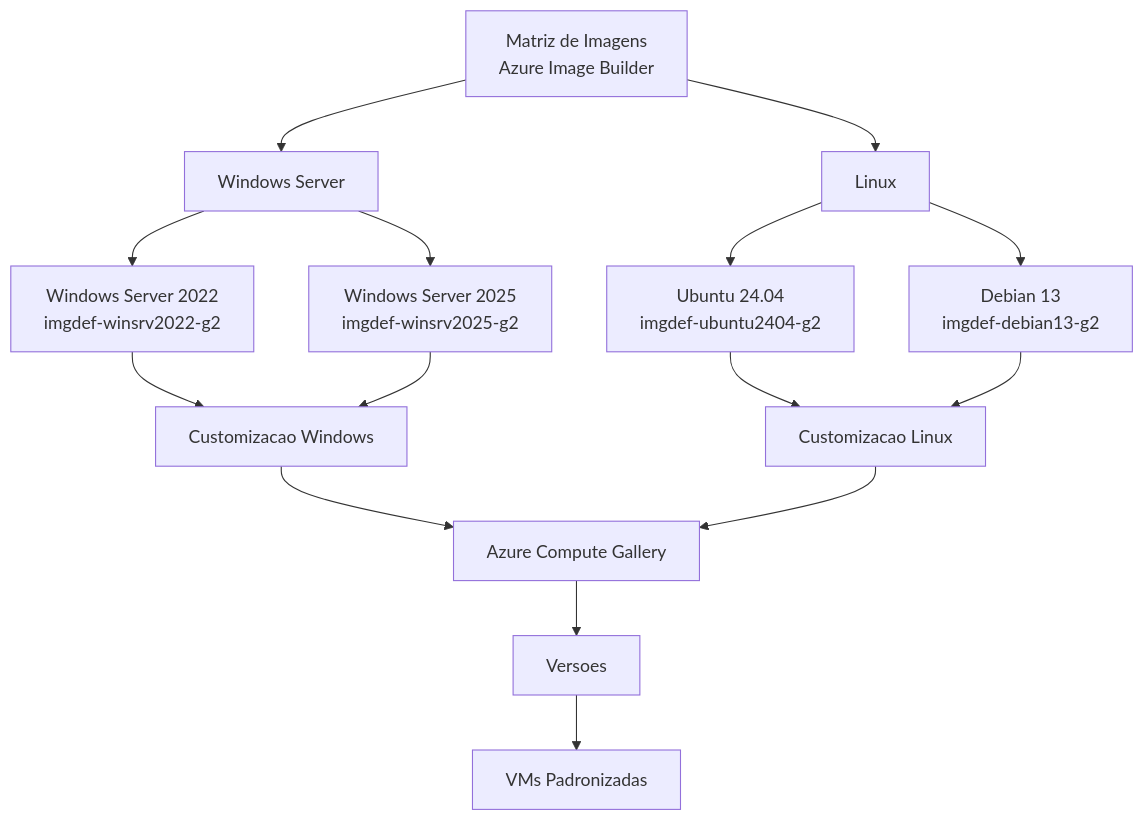
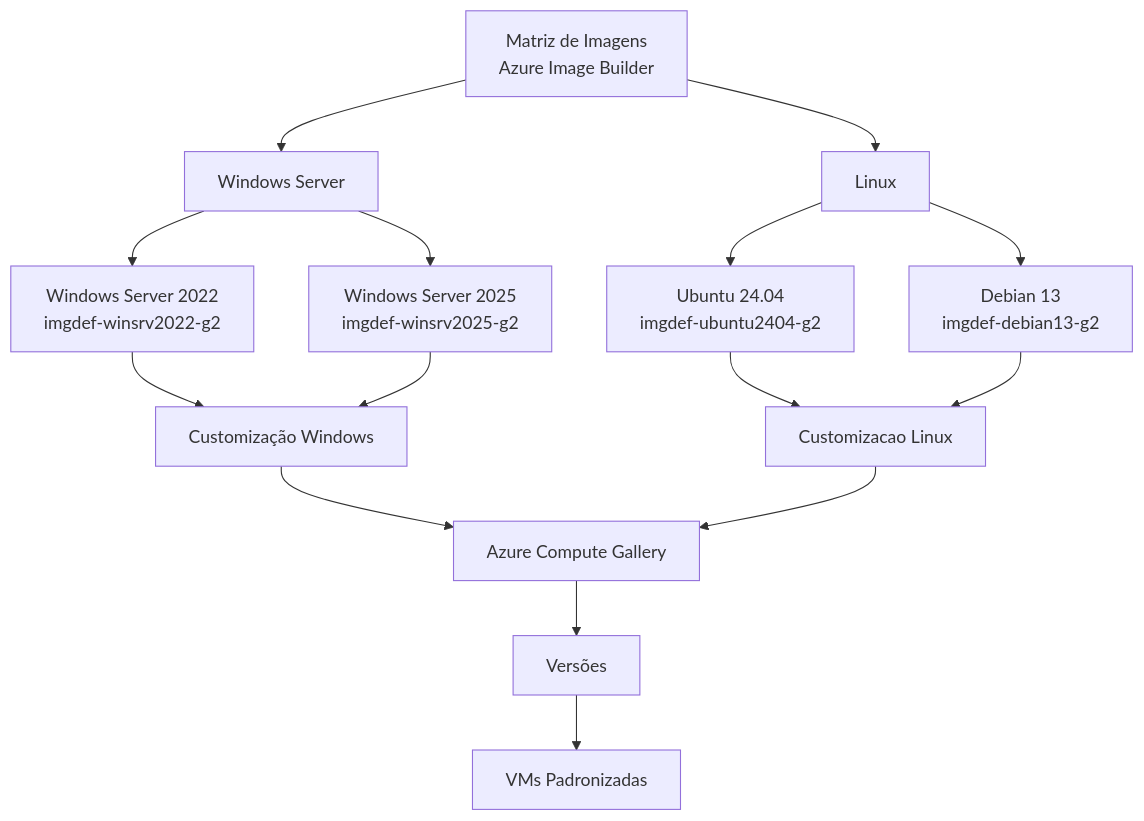
The first of 2 diagrams in _posts/2026/2026-06-07-azure-image-builder-windows-linux.md (lfrleite/lfrleite.github.io), drawn with Mermaid before and after one commit. The commit also changed other lines of this file, not shown here.

````diff
--- a/_posts/2026/2026-06-07-azure-image-builder-windows-linux.md
+++ b/_posts/2026/2026-06-07-azure-image-builder-windows-linux.md
@@ -70,25 +58,25 @@
 ```mermaid
 flowchart TB
     A["Matriz de Imagens<br/>Azure Image Builder"]
 
     A --> W["Windows Server"]
     A --> L["Linux"]
 
     W --> W22["Windows Server 2022<br/>imgdef-winsrv2022-g2"]
     W --> W25["Windows Server 2025<br/>imgdef-winsrv2025-g2"]
 
     L --> U24["Ubuntu 24.04<br/>imgdef-ubuntu2404-g2"]
     L --> D13["Debian 13<br/>imgdef-debian13-g2"]
 
-    W22 --> C1["Customizacao Windows"]
+    W22 --> C1["Customização Windows"]
     W25 --> C1
 
     U24 --> C2["Customizacao Linux"]
     D13 --> C2
 
     C1 --> G["Azure Compute Gallery"]
     C2 --> G
 
-    G --> V["Versoes"]
+    G --> V["Versões"]
     V --> VM["VMs Padronizadas"]
 ```
````
